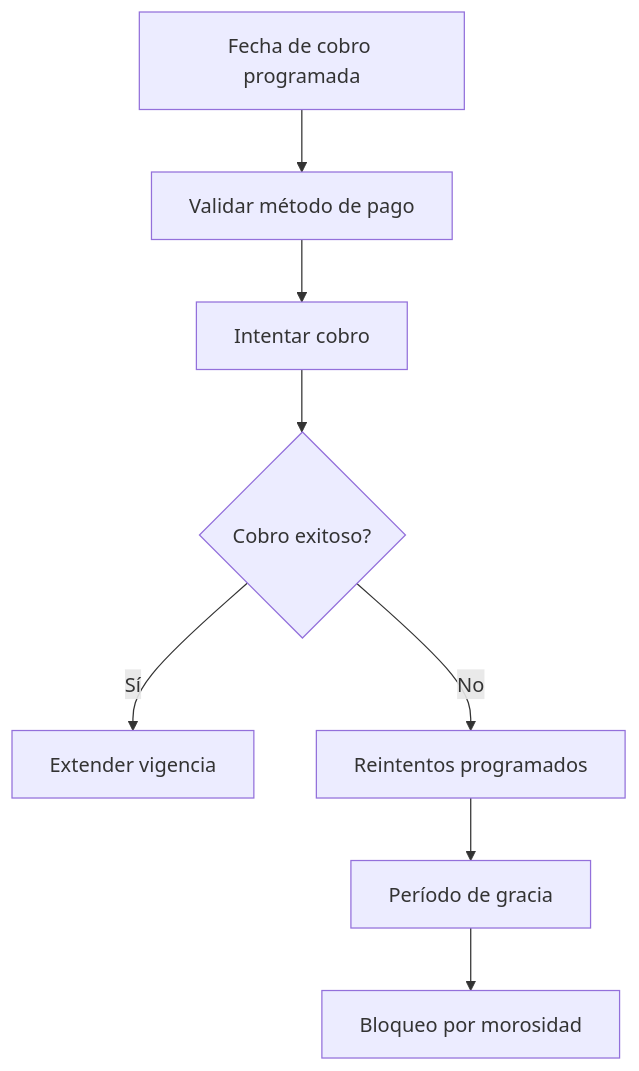
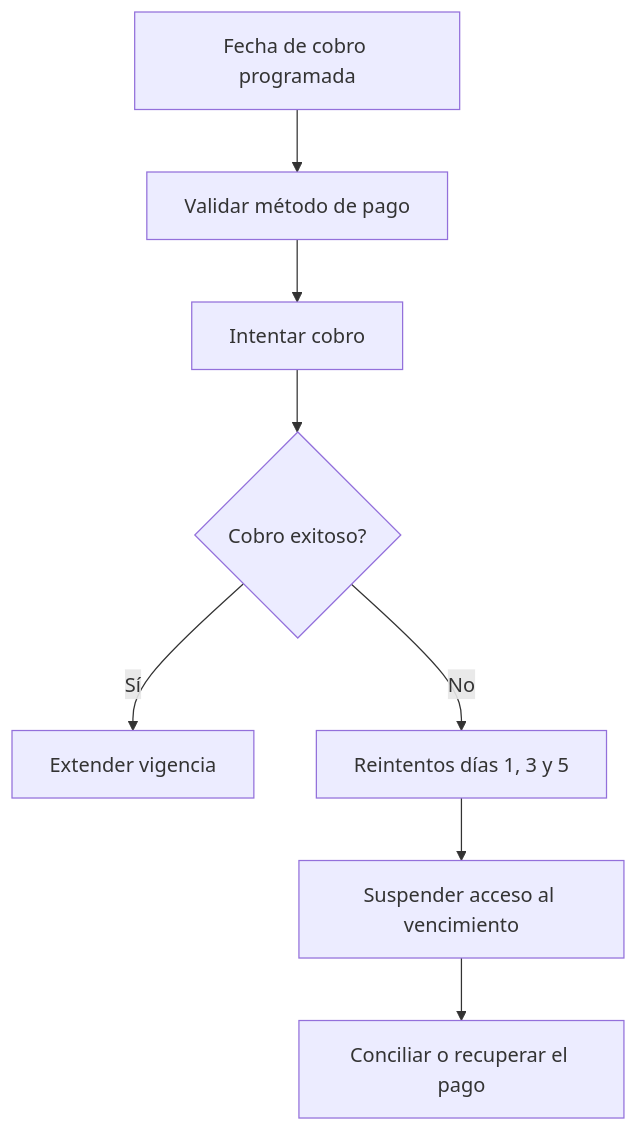
Before and after one commit to DanielCB096/gym: the diagram in docs/03-procesos/renovacion-y-cobro-recurrente.md, drawn with Mermaid. The commit also changed other lines of this file and 18 other files, not shown here.

````diff
--- a/docs/03-procesos/renovacion-y-cobro-recurrente.md
+++ b/docs/03-procesos/renovacion-y-cobro-recurrente.md
@@ -7,10 +8,10 @@
 ```mermaid
 flowchart TD
 A[Fecha de cobro programada] --> B[Validar método de pago]
 B --> C[Intentar cobro]
 C --> D{Cobro exitoso?}
 D -- Sí --> E[Extender vigencia]
-D -- No --> F[Reintentos programados]
-F --> G[Período de gracia]
-G --> H[Bloqueo por morosidad]
+D -- No --> F[Reintentos días 1, 3 y 5]
+F --> G[Suspender acceso al vencimiento]
+G --> H[Conciliar o recuperar el pago]
 ```
````
